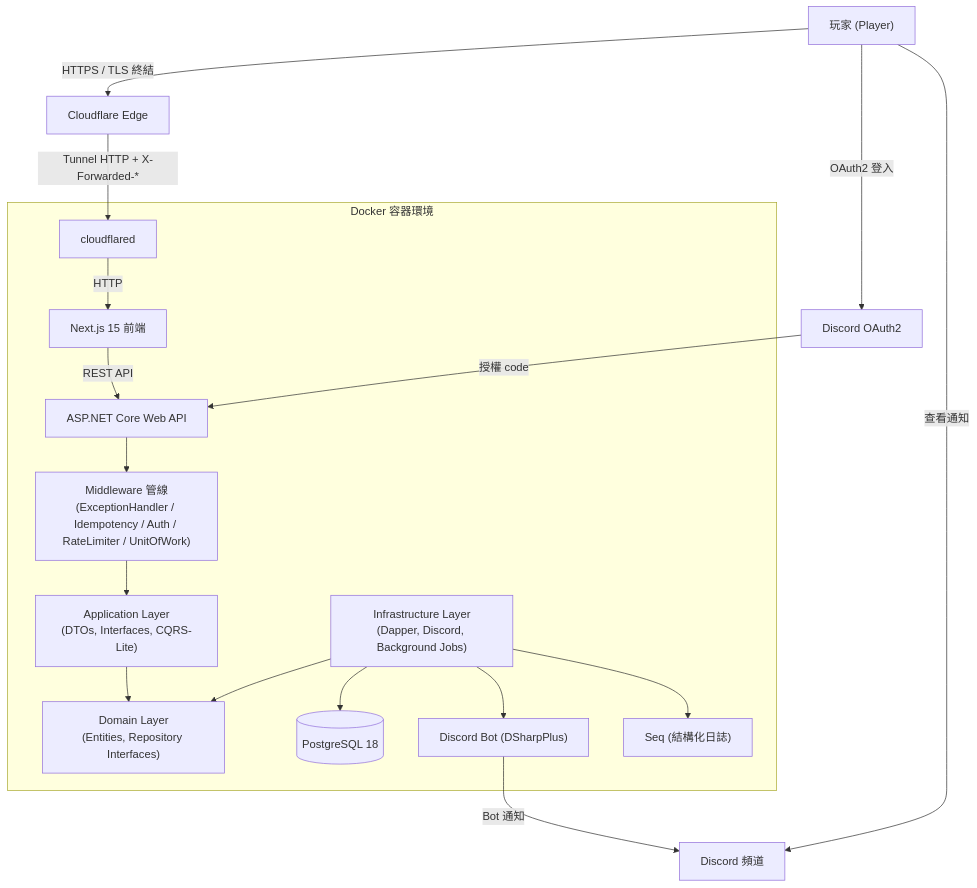
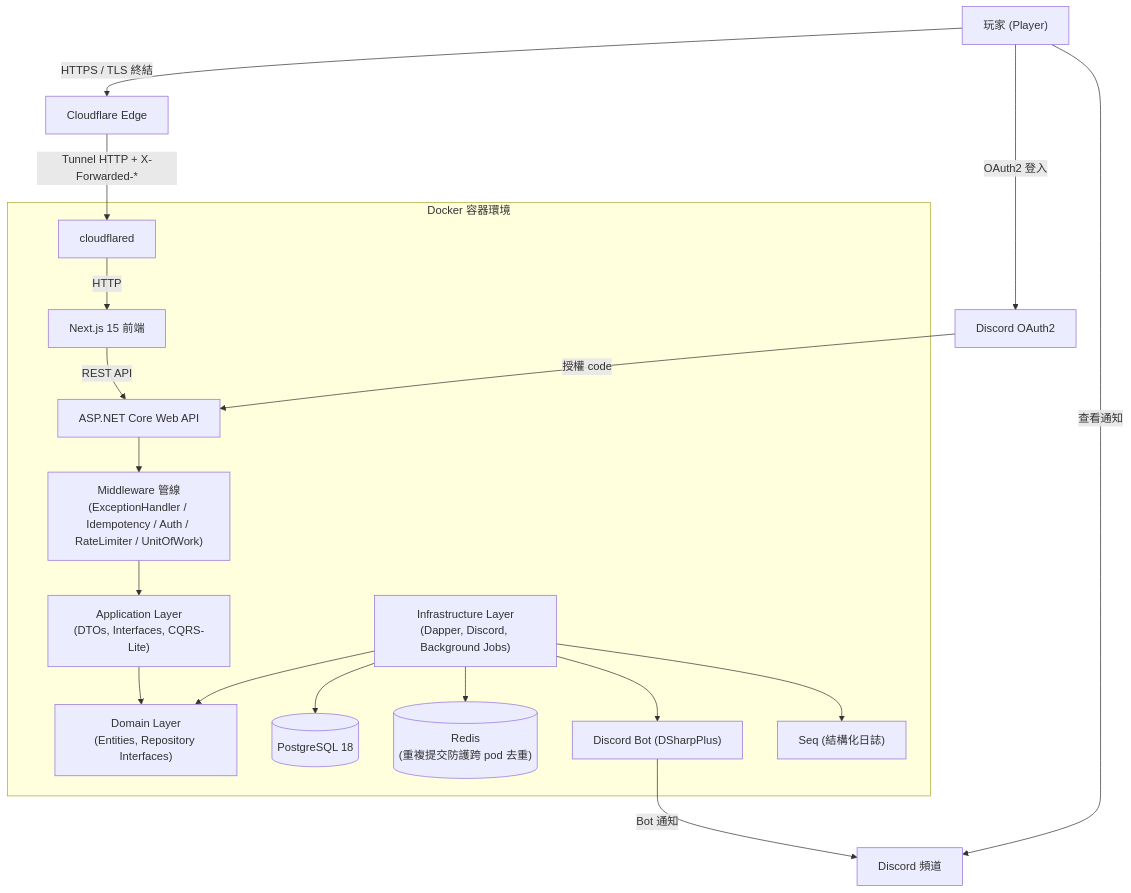
Before and after one commit to MinMiss5678/MapleStoryRaidScheduler: the first of 8 diagrams in docs/architecture.md, drawn with Mermaid. The commit also changed other lines of this file, not shown here.

Commit message:
docs(architecture): 架構圖加 Redis

````diff
--- a/docs/architecture.md
+++ b/docs/architecture.md
@@ -11,23 +11,24 @@
 ```mermaid
 graph TD
     User["玩家 (Player)"] -->|HTTPS / TLS 終結| Cloudflare["Cloudflare Edge"]
     Cloudflare -->|Tunnel HTTP + X-Forwarded-*| Cloudflared["cloudflared"]
 
     subgraph "Docker 容器環境"
         Cloudflared -->|HTTP| Frontend["Next.js 15 前端"]
         Frontend -->|REST API| Backend["ASP.NET Core Web API"]
         Backend --> Middleware["Middleware 管線\n(ExceptionHandler / Idempotency / Auth / RateLimiter / UnitOfWork)"]
         Middleware --> Application["Application Layer\n(DTOs, Interfaces, CQRS-Lite)"]
         Application --> Domain["Domain Layer\n(Entities, Repository Interfaces)"]
         Infrastructure["Infrastructure Layer\n(Dapper, Discord, Background Jobs)"] --> Domain
 
         Infrastructure --> DB[("PostgreSQL 18")]
+        Infrastructure --> Redis[("Redis\n(重複提交防護跨 pod 去重)")]
         Infrastructure --> DiscordBot["Discord Bot (DSharpPlus)"]
         Infrastructure --> Seq["Seq (結構化日誌)"]
     end
 
     DiscordBot -->|Bot 通知| DiscordChannel["Discord 頻道"]
     User -->|查看通知| DiscordChannel
     User -->|OAuth2 登入| DiscordOAuth["Discord OAuth2"]
     DiscordOAuth -->|授權 code| Backend
 ```
````
